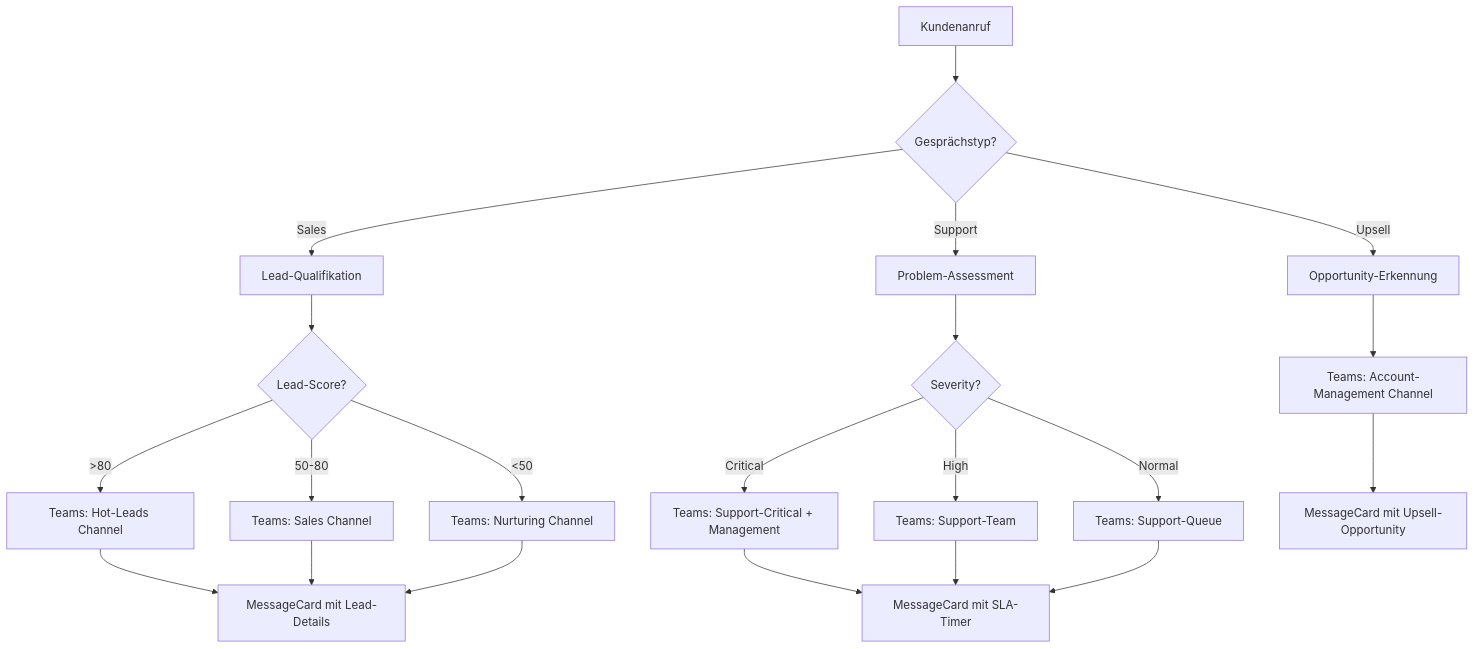
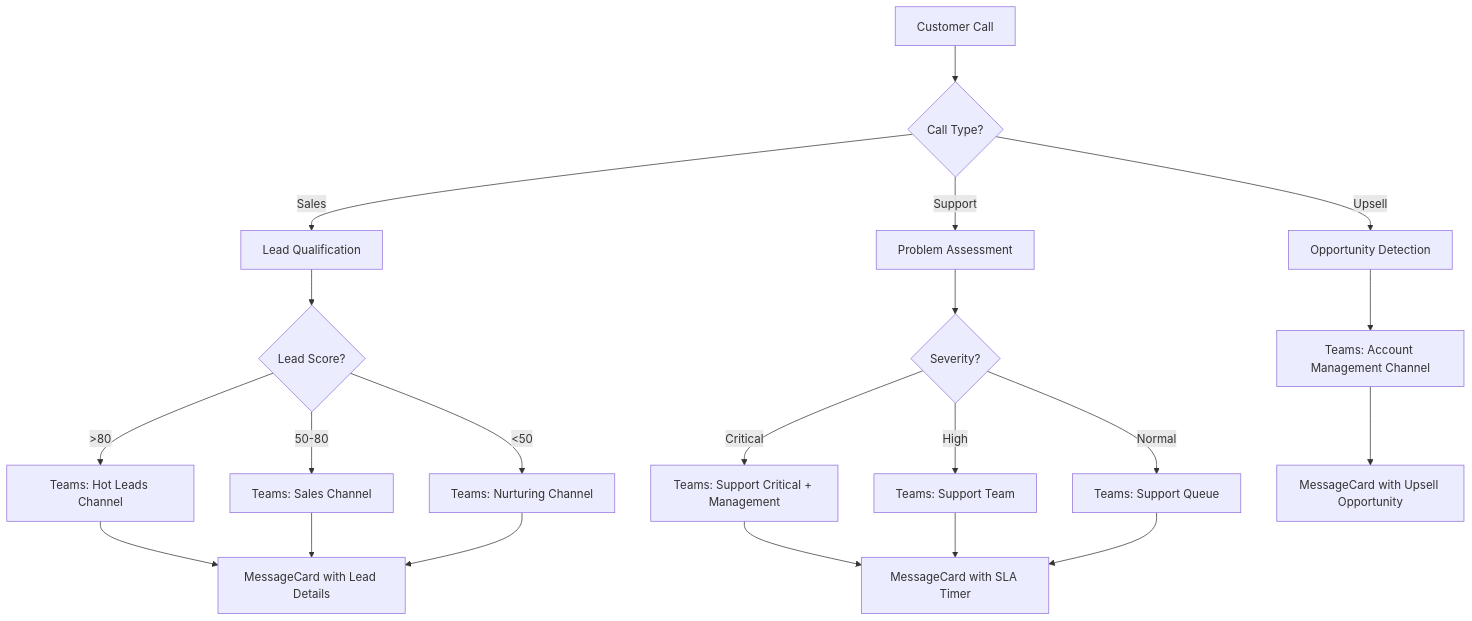
The diagram in en/automation-platform/mid-call-tools/integration-templates/teams-integration.mdx (bekgroup/Famulor-docs-de), drawn with Mermaid before and after one commit. The commit also changed other lines of this file and 20 other files, not shown here.

````diff
--- a/en/automation-platform/mid-call-tools/integration-templates/teams-integration.mdx
+++ b/en/automation-platform/mid-call-tools/integration-templates/teams-integration.mdx
@@ -304,27 +303,27 @@
 ```mermaid
 flowchart TD
-    A[Kundenanruf] --> B{Gesprächstyp?}
-    B -->|Sales| C[Lead-Qualifikation]
-    B -->|Support| D[Problem-Assessment] 
-    B -->|Upsell| E[Opportunity-Erkennung]
+    A[Customer Call] --> B{Call Type?}
+    B -->|Sales| C[Lead Qualification]
+    B -->|Support| D[Problem Assessment] 
+    B -->|Upsell| E[Opportunity Detection]
     
-    C --> F{Lead-Score?}
-    F -->|>80| G[Teams: Hot-Leads Channel]
+    C --> F{Lead Score?}
+    F -->|>80| G[Teams: Hot Leads Channel]
     F -->|50-80| H[Teams: Sales Channel]
     F -->|<50| I[Teams: Nurturing Channel]
     
     D --> J{Severity?}
-    J -->|Critical| K[Teams: Support-Critical + Management]
-    J -->|High| L[Teams: Support-Team]
-    J -->|Normal| M[Teams: Support-Queue]
+    J -->|Critical| K[Teams: Support Critical + Management]
+    J -->|High| L[Teams: Support Team]
+    J -->|Normal| M[Teams: Support Queue]
     
-    E --> N[Teams: Account-Management Channel]
+    E --> N[Teams: Account Management Channel]
     
-    G --> O[MessageCard mit Lead-Details]
+    G --> O[MessageCard with Lead Details]
     H --> O
     I --> O
-    K --> P[MessageCard mit SLA-Timer]
+    K --> P[MessageCard with SLA Timer]
     L --> P
     M --> P
-    N --> Q[MessageCard mit Upsell-Opportunity]
+    N --> Q[MessageCard with Upsell Opportunity]
 ```
````
